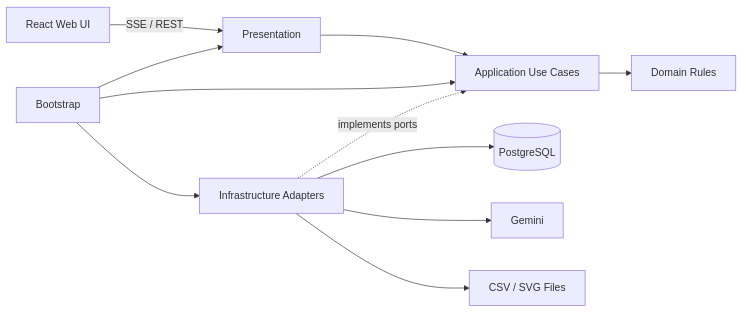
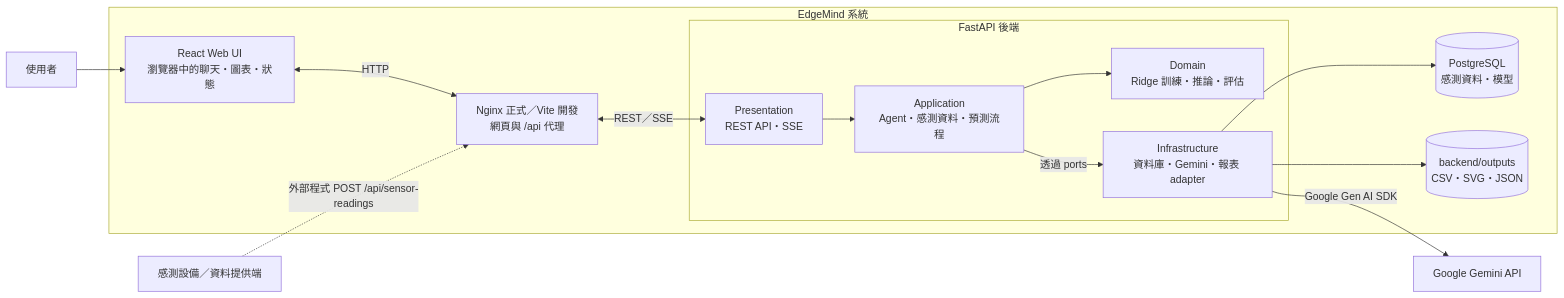
Before and after one commit to programmerKB/EdgeMind: the diagram in README.md, drawn with Mermaid. The commit also changed other lines of this file, not shown here.

Commit message:
docs: align architecture diagram and repository name

````diff
--- a/README.md
+++ b/README.md
@@ -172,13 +174,32 @@
 ```mermaid
 flowchart LR
-    UI[React Web UI] -->|SSE / REST| P[Presentation]
-    P --> A[Application Use Cases]
-    A --> D[Domain Rules]
-    I[Infrastructure Adapters] -. implements ports .-> A
-    I --> DB[(PostgreSQL)]
-    I --> G[Gemini]
-    I --> FS[CSV / SVG Files]
-    B[Bootstrap] --> P
-    B --> A
-    B --> I
+    USER[使用者]
+    SENSOR[感測設備／資料提供端]
+    GEMINI[Google Gemini API]
+
+    subgraph EDGE[EdgeMind 系統]
+        UI[React Web UI<br/>瀏覽器中的聊天・圖表・狀態]
+        PROXY[Nginx 正式／Vite 開發<br/>網頁與 /api 代理]
+
+        subgraph BACKEND[FastAPI 後端]
+            API[Presentation<br/>REST API・SSE]
+            APP[Application<br/>Agent・感測資料・預測流程]
+            RIDGE[Domain<br/>Ridge 訓練・推論・評估]
+            ADAPTER[Infrastructure<br/>資料庫・Gemini・報表 adapter]
+        end
+
+        DB[(PostgreSQL<br/>感測資料・模型)]
+        FILES[(backend/outputs<br/>CSV・SVG・JSON)]
+    end
+
+    USER --> UI
+    UI <-->|HTTP| PROXY
+    PROXY <-->|REST／SSE| API
+    SENSOR -.->|外部程式 POST /api/sensor-readings| PROXY
+    API --> APP
+    APP --> RIDGE
+    APP -->|透過 ports| ADAPTER
+    ADAPTER --> DB
+    ADAPTER --> FILES
+    ADAPTER -->|Google Gen AI SDK| GEMINI
 ```
````
